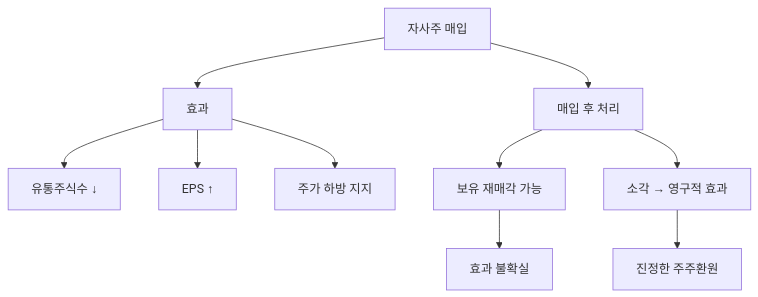
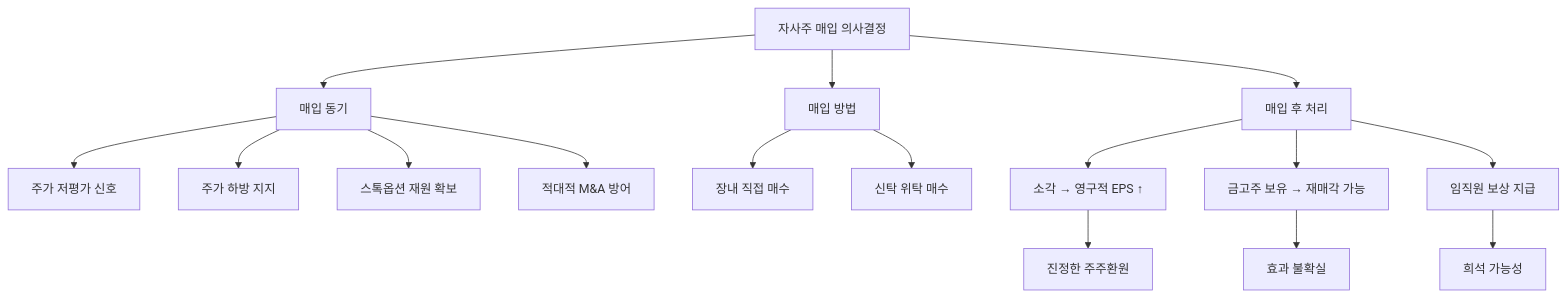
The diagram in content/stock-terms/ko/level-06-events/share-buyback.md (yeongseon/stock-visual-note), drawn with Mermaid before and after one commit. The commit also changed other lines of this file and 2 other files, not shown here.

Commit message:
content: rewrite share-buyback, share-cancellation, special-dividend — richer diagrams, 4 misconceptions, deeper analysis

````diff
--- a/content/stock-terms/ko/level-06-events/share-buyback.md
+++ b/content/stock-terms/ko/level-06-events/share-buyback.md
@@ -39,13 +41,19 @@
 ```mermaid
 graph TD
-    A["자사주 매입"]
-    A --> B["효과"]
-    A --> C["매입 후 처리"]
-    B --> B1["유통주식수 ↓"]
-    B --> B2["EPS ↑"]
-    B --> B3["주가 하방 지지"]
-    C --> C1["보유 재매각 가능"]
-    C --> C2["소각 → 영구적 효과"]
-    C1 --> D["효과 불확실"]
-    C2 --> E["진정한 주주환원"]
+    A["자사주 매입 의사결정"]
+    A --> B["매입 동기"]
+    A --> C["매입 방법"]
+    A --> D["매입 후 처리"]
+    B --> B1["주가 저평가 신호"]
+    B --> B2["주가 하방 지지"]
+    B --> B3["스톡옵션 재원 확보"]
+    B --> B4["적대적 M&A 방어"]
+    C --> C1["장내 직접 매수"]
+    C --> C2["신탁 위탁 매수"]
+    D --> D1["소각 → 영구적 EPS ↑"]
+    D --> D2["금고주 보유 → 재매각 가능"]
+    D --> D3["임직원 보상 지급"]
+    D1 --> E["진정한 주주환원"]
+    D2 --> F["효과 불확실"]
+    D3 --> G["희석 가능성"]
 ```
````
